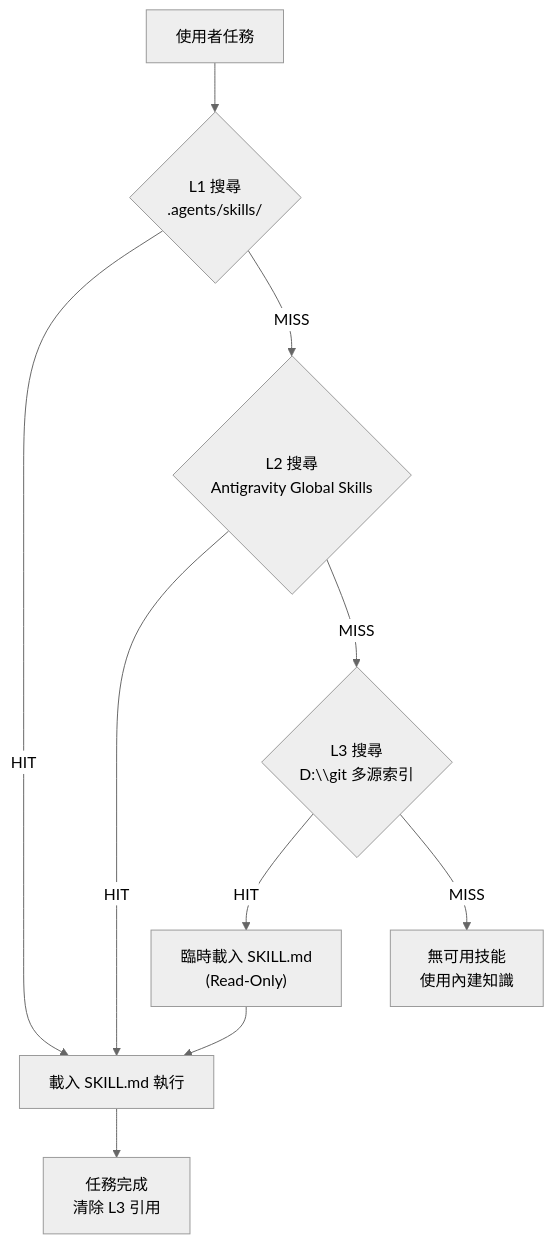
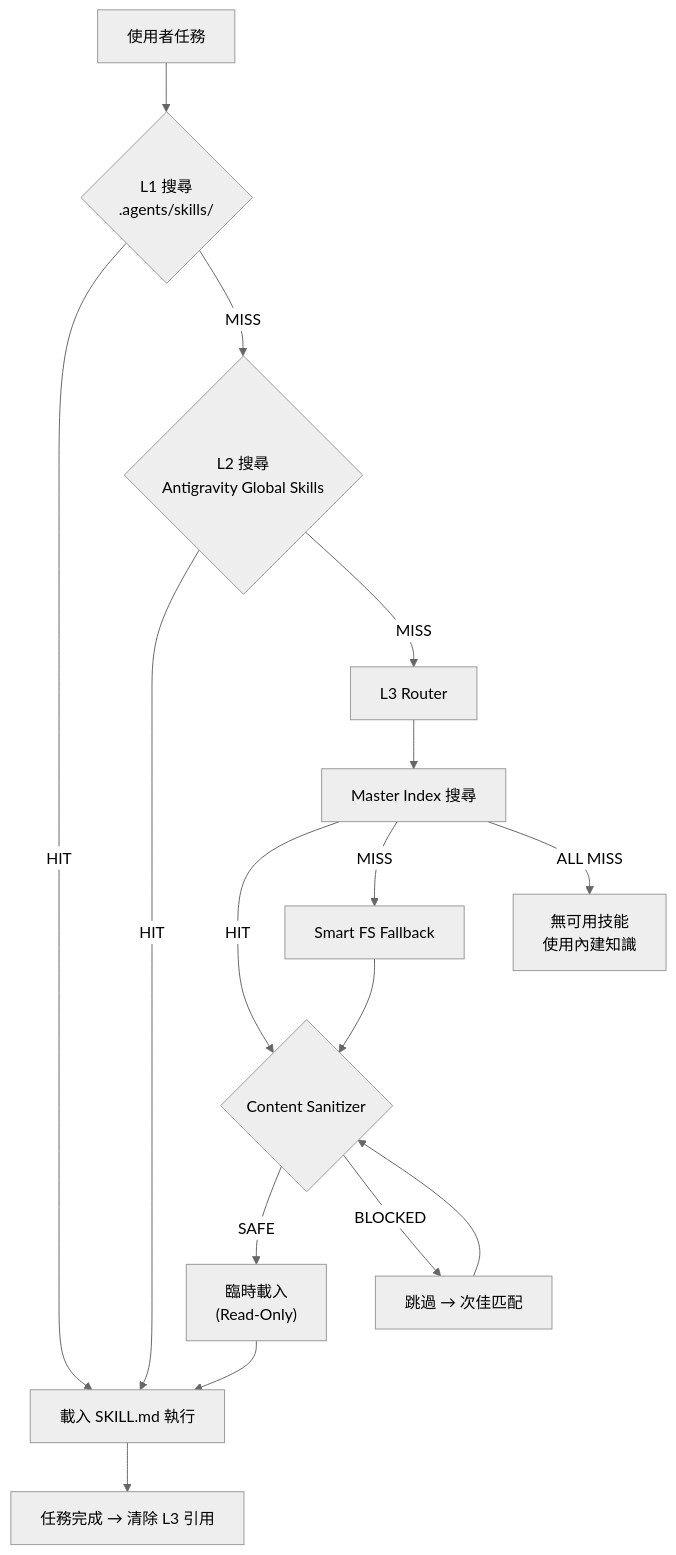
The second of 2 diagrams in .planning/phases/173-l3-skill-cache/CONTEXT.md (tom0930/AutoAgent-TW), drawn with Mermaid (neutral theme) before and after one commit. The commit also changed other lines of this file, not shown here.

Commit message:
docs: phase 173 context v2.0 - merged L3skill feedback + user decisions (stable)

````diff
--- a/.planning/phases/173-l3-skill-cache/CONTEXT.md
+++ b/.planning/phases/173-l3-skill-cache/CONTEXT.md
@@ -75,12 +167,18 @@
 ```mermaid
 graph TD
     Task["使用者任務"] --> L1{"L1 搜尋<br/>.agents/skills/"}
     L1 -->|HIT| Execute["載入 SKILL.md 執行"]
     L1 -->|MISS| L2{"L2 搜尋<br/>Antigravity Global Skills"}
     L2 -->|HIT| Execute
-    L2 -->|MISS| L3{"L3 搜尋<br/>D:\\git 多源索引"}
-    L3 -->|HIT| TempLoad["臨時載入 SKILL.md<br/>(Read-Only)"]
+    L2 -->|MISS| L3Router["L3 Router"]
+    L3Router --> MasterIdx["Master Index 搜尋"]
+    MasterIdx -->|HIT| Sanitizer{"Content Sanitizer"}
+    MasterIdx -->|MISS| SmartFS["Smart FS Fallback"]
+    SmartFS --> Sanitizer
+    Sanitizer -->|SAFE| TempLoad["臨時載入<br/>(Read-Only)"]
+    Sanitizer -->|BLOCKED| NextBest["跳過 → 次佳匹配"]
+    NextBest --> Sanitizer
     TempLoad --> Execute
-    L3 -->|MISS| Fallback["無可用技能<br/>使用內建知識"]
-    Execute --> Cleanup["任務完成<br/>清除 L3 引用"]
+    Execute --> Evict["任務完成 → 清除 L3 引用"]
+    MasterIdx -->|ALL MISS| Fallback["無可用技能<br/>使用內建知識"]
 ```
````
